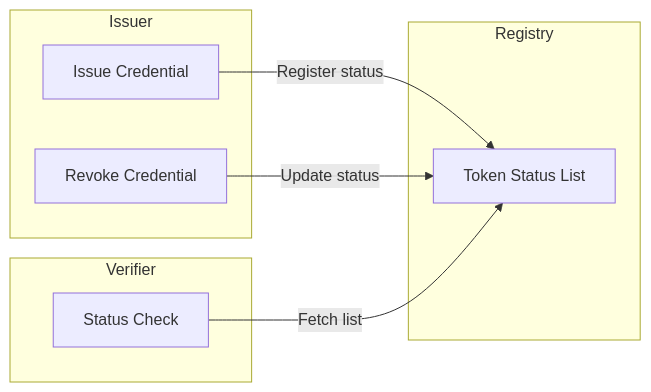
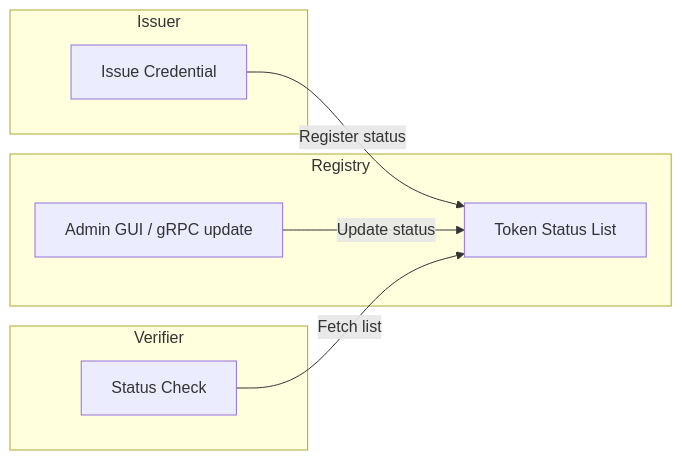
One commit to sirosfoundation/docs changed the first of 3 diagrams in docs/sirosid/reference/token-status-lists.md. Above: the diagram before and after it, drawn with Mermaid. The commit also changed other lines of this file and 15 other files, not shown here.

````diff
--- a/docs/sirosid/reference/token-status-lists.md
+++ b/docs/sirosid/reference/token-status-lists.md
@@ -13,19 +13,19 @@
 ```mermaid
 flowchart LR
     subgraph Issuer
         Issue[Issue Credential]
-        Revoke[Revoke Credential]
     end
-    
+
     subgraph Registry
         TSL[Token Status List]
+        Revoke[Admin GUI / gRPC update]
     end
     
     subgraph Verifier
         Check[Status Check]
     end
     
     Issue -->|Register status| TSL
     Revoke -->|Update status| TSL
     Check -->|Fetch list| TSL
 ```
````
